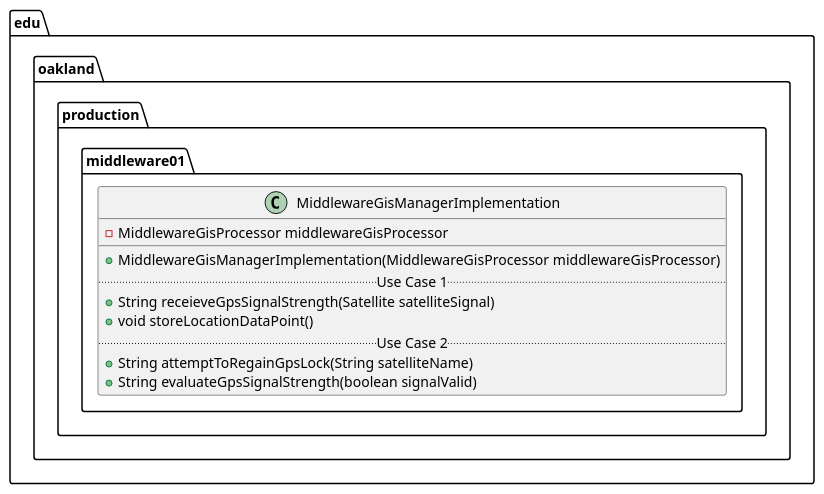
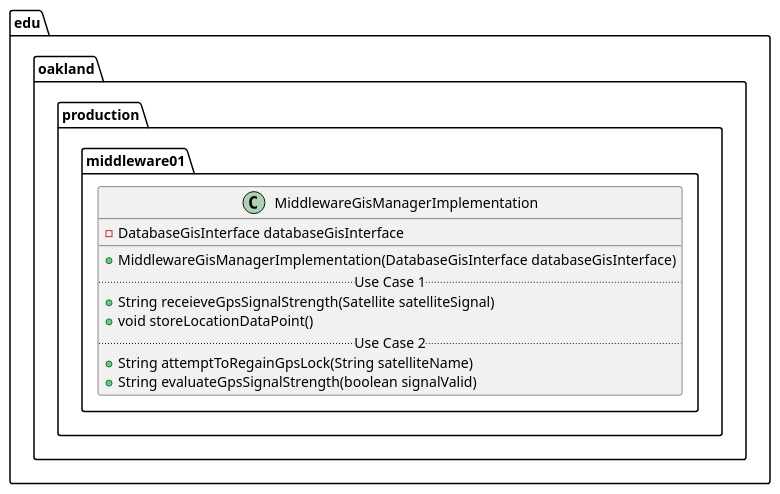
The diagram in docs/uml-class-diagrams/middleware01/production/MiddlewareGisManagerImplementation/MiddlewareGisManagerImplementation.puml (andrewdimmer/csi-3370-software-project), drawn with PlantUML before and after one commit.

```diff
--- a/docs/uml-class-diagrams/middleware01/production/MiddlewareGisManagerImplementation/MiddlewareGisManagerImplementation.puml
+++ b/docs/uml-class-diagrams/middleware01/production/MiddlewareGisManagerImplementation/MiddlewareGisManagerImplementation.puml
@@ -1,17 +1,17 @@
 @startuml MiddlewareGisManagerImplementation
 
 package edu.oakland.production.middleware01 {
     class MiddlewareGisManagerImplementation {
-        - MiddlewareGisProcessor middlewareGisProcessor
+        - DatabaseGisInterface databaseGisInterface
         __
-        + MiddlewareGisManagerImplementation(MiddlewareGisProcessor middlewareGisProcessor)
+        + MiddlewareGisManagerImplementation(DatabaseGisInterface databaseGisInterface)
         .. Use Case 1 ..
         + String receieveGpsSignalStrength(Satellite satelliteSignal)
         + void storeLocationDataPoint()
         .. Use Case 2 ..
         + String attemptToRegainGpsLock(String satelliteName)
         + String evaluateGpsSignalStrength(boolean signalValid)
     }
 }
 
 @enduml
```
